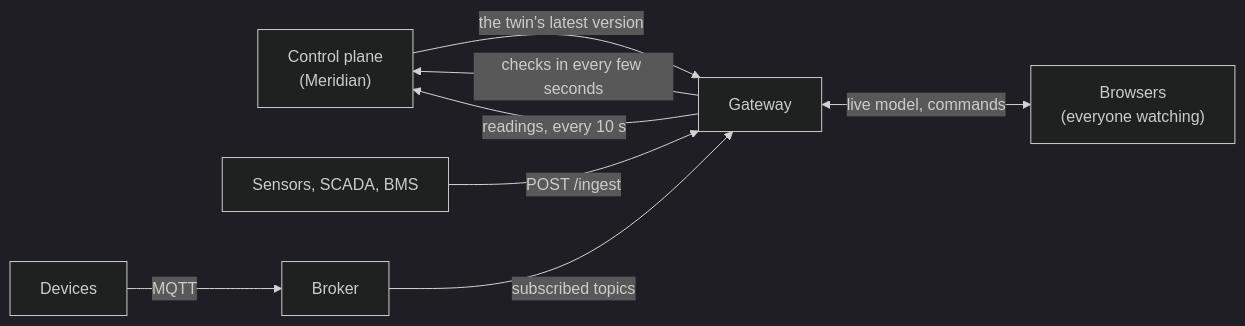
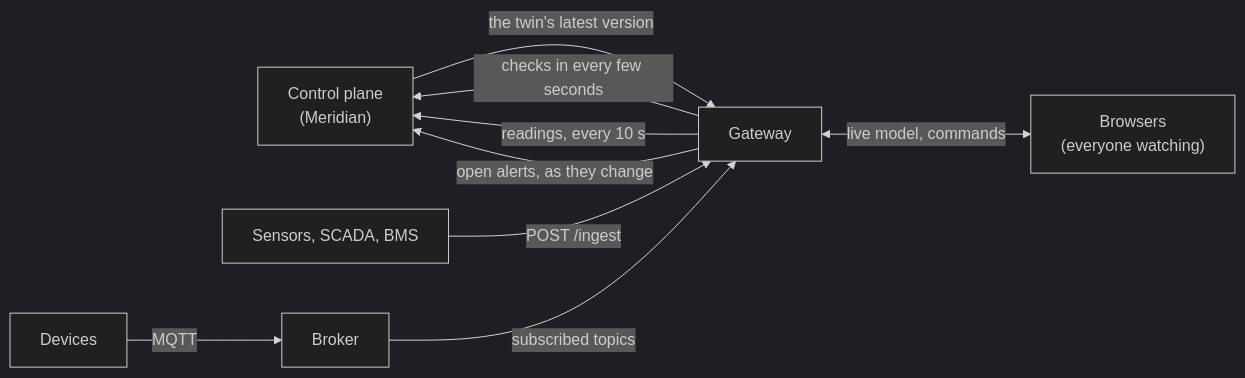
One commit to Jarryd-W-Hoffman/digital-twin changed the diagram in docs/manual/09-gateways-and-live-data.md. Above: the diagram before and after it, drawn with Mermaid (dark theme). The commit also changed other lines of this file and 34 other files, not shown here.

````diff
--- a/docs/manual/09-gateways-and-live-data.md
+++ b/docs/manual/09-gateways-and-live-data.md
@@ -9,9 +9,10 @@
 ```mermaid
 flowchart LR
     CP["Control plane<br/>(Meridian)"] -->|"the twin's latest version"| GW[Gateway]
     GW -->|"checks in every few seconds"| CP
     GW <-->|"live model, commands"| B["Browsers<br/>(everyone watching)"]
     S["Sensors, SCADA, BMS"] -->|"POST /ingest"| GW
     D["Devices"] -->|MQTT| BR[Broker] -->|"subscribed topics"| GW
     GW -->|"readings, every 10 s"| CP
+    GW -->|"open alerts, as they change"| CP
 ```
````
